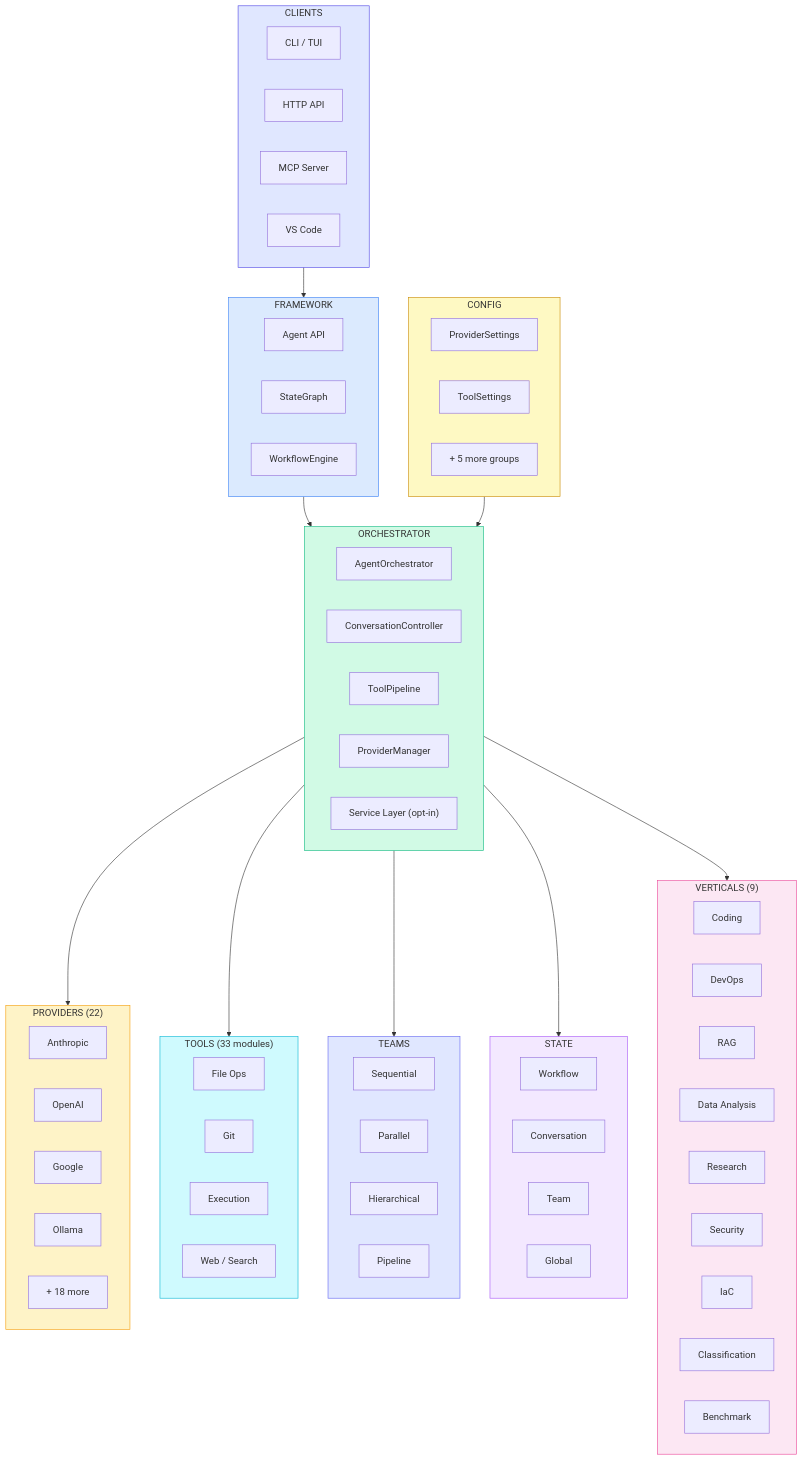
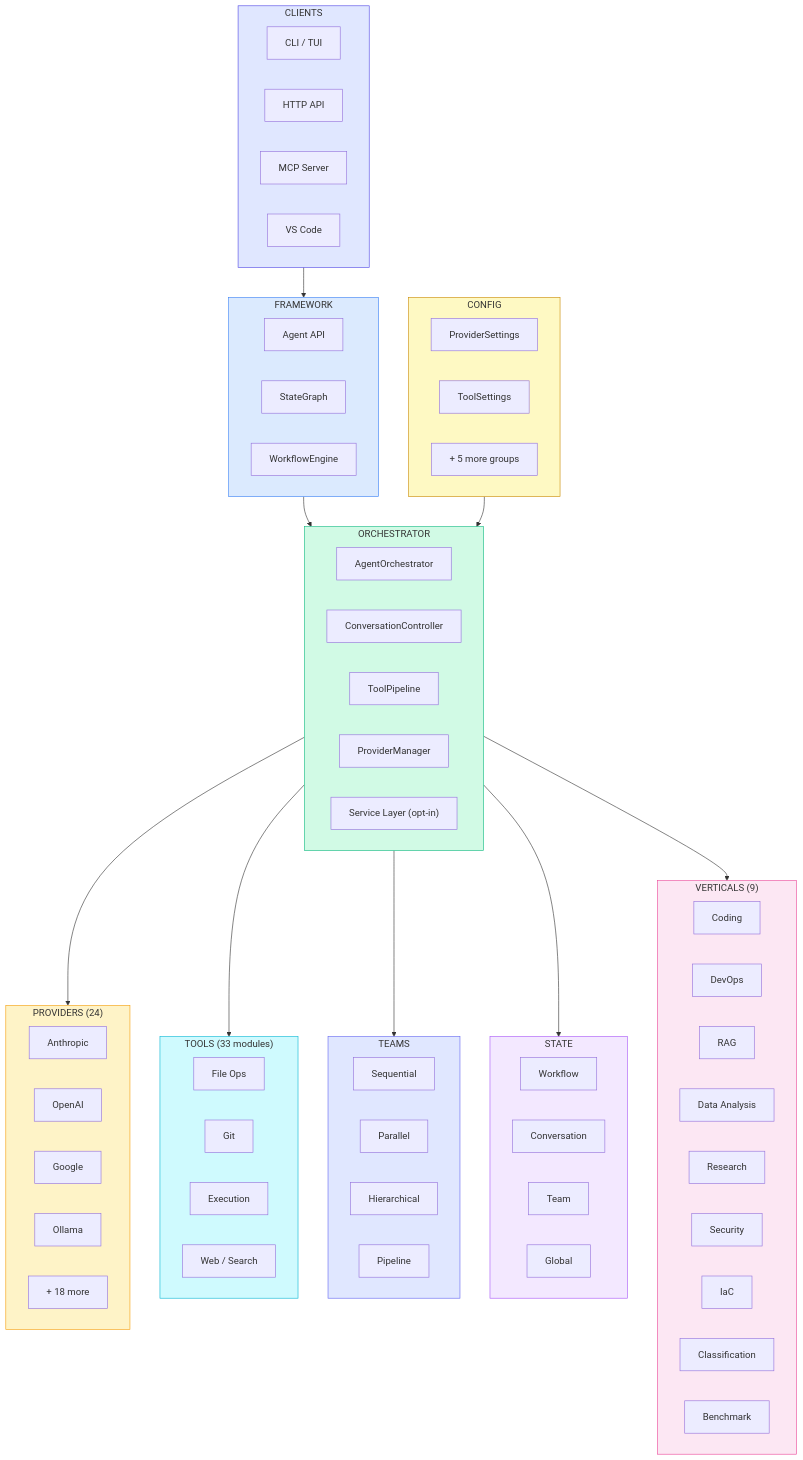
Before and after one commit to vjsingh1984/victor: the diagram in ARCHITECTURE.md, drawn with Mermaid. The commit also changed other lines of this file, not shown here.

Commit message:
docs: update ARCHITECTURE.md provider count 22→24

```diff
--- a/ARCHITECTURE.md
+++ b/ARCHITECTURE.md
@@ -31,7 +31,7 @@
         MORE_CFG["+ 5 more groups"]
     end
 
-    subgraph Providers["PROVIDERS (22)"]
+    subgraph Providers["PROVIDERS (24)"]
         ANT["Anthropic"]
         OAI["OpenAI"]
         GGL["Google"]
```
